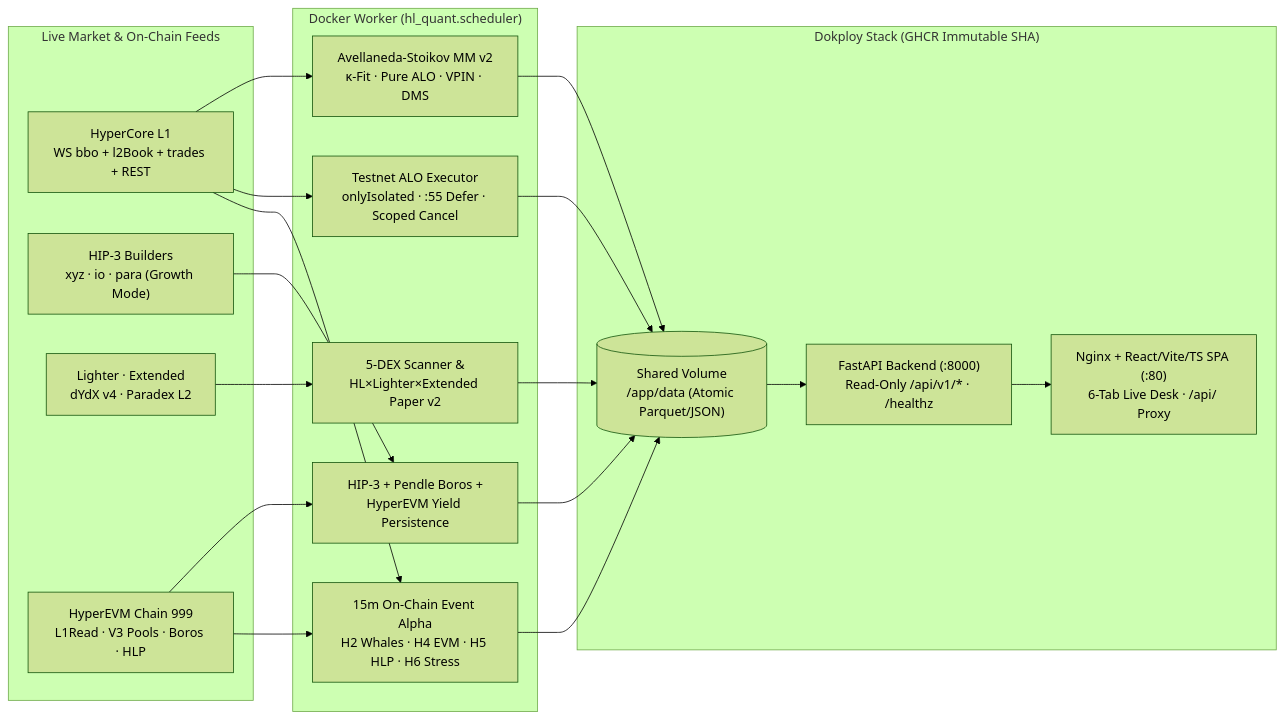
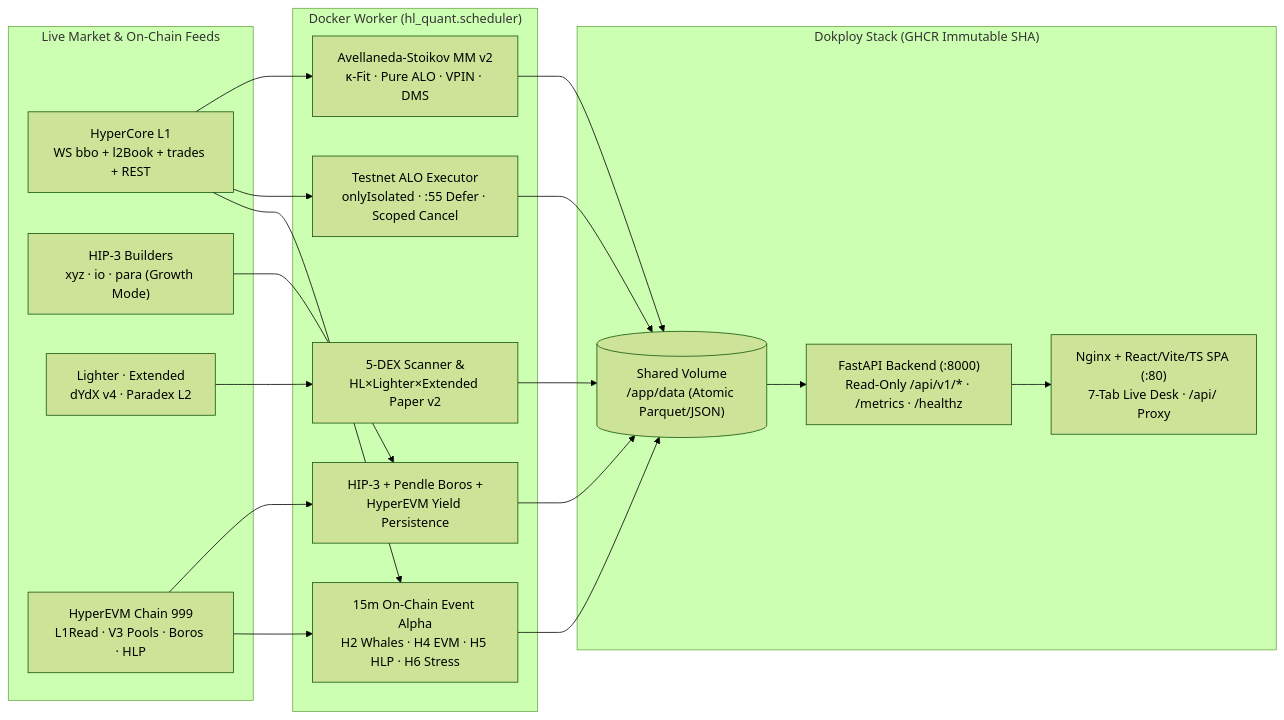
One commit to KonstantinRogozhkin/hyperliquid-quant-defi changed the diagram in README.md. Above: the diagram before and after it, drawn with Mermaid (forest theme). The commit also changed other lines of this file and 97 other files, not shown here.

First line of the commit message:
fix: comprehensive 58-item audit remediation across execution, quant, API, telemetry & SPA (#29)

````diff
--- a/README.md
+++ b/README.md
@@ -42,32 +42,32 @@
 ```mermaid
 flowchart LR
     subgraph Feeds["Live Market & On-Chain Feeds"]
         HL["HyperCore L1<br/>WS bbo + l2Book + trades + REST"]
         HIP3["HIP-3 Builders<br/>xyz · io · para (Growth Mode)"]
         DEX5["Lighter · Extended<br/>dYdX v4 · Paradex L2"]
         EVM["HyperEVM Chain 999<br/>L1Read · V3 Pools · Boros · HLP"]
     end
 
     subgraph Worker["Docker Worker (hl_quant.scheduler)"]
         MM["Avellaneda-Stoikov MM v2<br/>κ-Fit · Pure ALO · VPIN · DMS"]
         EXEC["Testnet ALO Executor<br/>onlyIsolated · :55 Defer · Scoped Cancel"]
         CDEX["5-DEX Scanner &<br/>HL×Lighter×Extended Paper v2"]
         FRONT["HIP-3 + Pendle Boros +<br/>HyperEVM Yield Persistence"]
         EVENT["15m On-Chain Event Alpha<br/>H2 Whales · H4 EVM · H5 HLP · H6 Stress"]
     end
 
     subgraph Web["Dokploy Stack (GHCR Immutable SHA)"]
         VOL[("Shared Volume<br/>/app/data (Atomic Parquet/JSON)")]
-        API["FastAPI Backend (:8000)<br/>Read-Only /api/v1/* · /healthz"]
-        SPA["Nginx + React/Vite/TS SPA (:80)<br/>6-Tab Live Desk · /api/ Proxy"]
+        API["FastAPI Backend (:8000)<br/>Read-Only /api/v1/* · /metrics · /healthz"]
+        SPA["Nginx + React/Vite/TS SPA (:80)<br/>7-Tab Live Desk · /api/ Proxy"]
     end
 
     HL --> MM --> VOL
     HL --> EXEC --> VOL
     DEX5 --> CDEX --> VOL
     HIP3 --> FRONT --> VOL
     EVM --> FRONT
     EVM --> EVENT --> VOL
     HL --> EVENT
     VOL --> API --> SPA
 ```
````
